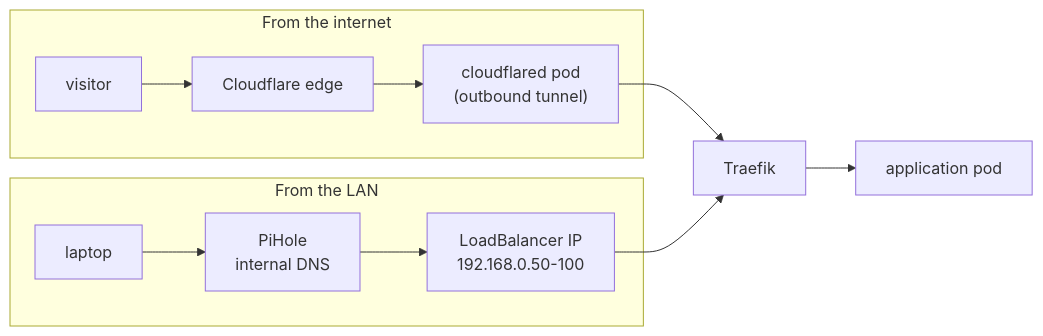
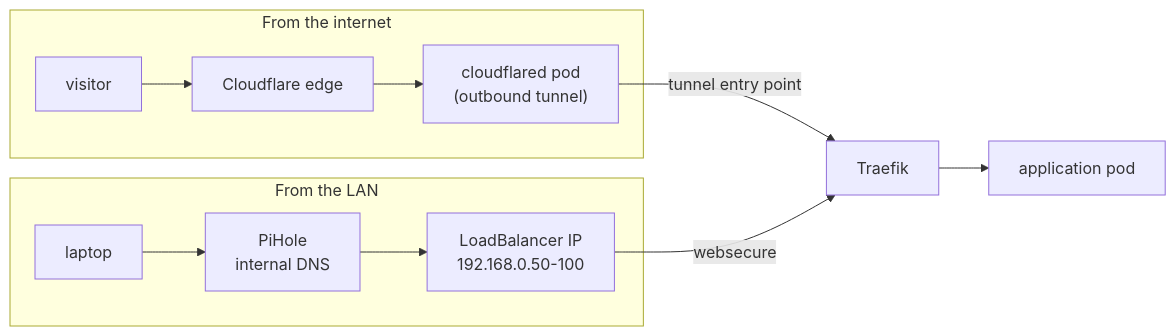
Before and after one commit to theadzik/homelab: the diagram in docs/networking.md, drawn with Mermaid. The commit also changed other lines of this file and 4 other files, not shown here.

First line of the commit message:
feat(traefik): a tunnel entry point that only public sites serve on (#454)

````diff
--- a/docs/networking.md
+++ b/docs/networking.md
@@ -8,16 +8,16 @@
 ```mermaid
 flowchart LR
     subgraph ext[From the internet]
         u1[visitor] --> cfe[Cloudflare edge]
         cfe --> tun["cloudflared pod<br/>(outbound tunnel)"]
     end
 
     subgraph int[From the LAN]
         u2[laptop] --> ph["PiHole<br/>internal DNS"]
         ph --> vip["LoadBalancer IP<br/>192.168.0.50-100"]
     end
 
-    tun --> tsvc[Traefik]
-    vip --> tsvc
+    tun -->|tunnel entry point| tsvc[Traefik]
+    vip -->|websecure| tsvc
     tsvc --> app[application pod]
 ```
````
